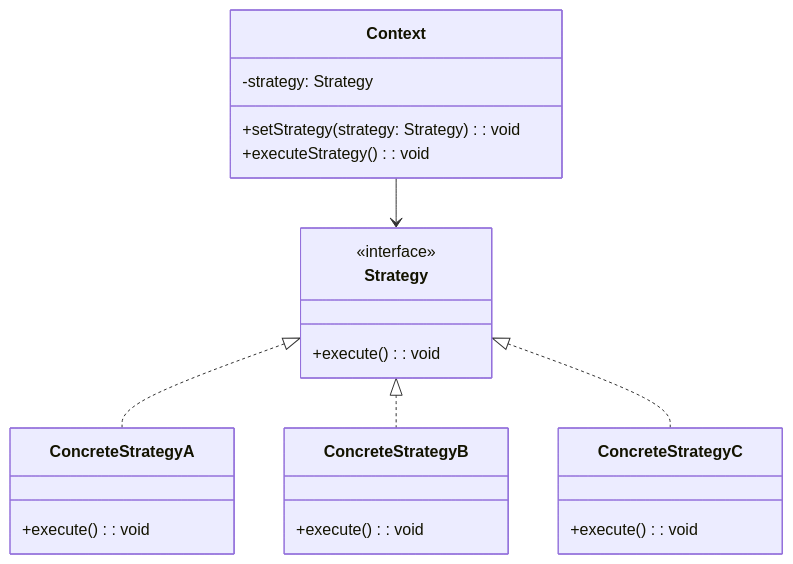
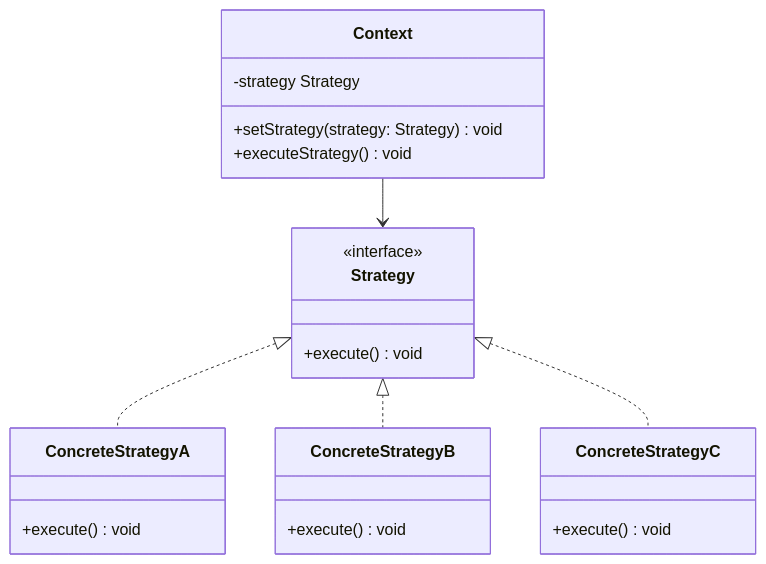
Before and after one commit to chihhung/Blog: diagram 18 of 29 in content/posts/教學/分析與設計/Design Pattern教學.md, drawn with Mermaid. The commit also changed other lines of this file and 5 other files, not shown here.

````diff
--- a/content/posts/教學/分析與設計/Design Pattern教學.md
+++ b/content/posts/教學/分析與設計/Design Pattern教學.md
@@ -3995,30 +3995,30 @@
 ```mermaid
 classDiagram
     class Context {
-        -strategy: Strategy
-        +setStrategy(strategy: Strategy): void
-        +executeStrategy(): void
+        -strategy Strategy
+        +setStrategy(strategy: Strategy) void
+        +executeStrategy() void
     }
     
     class Strategy {
         <<interface>>
-        +execute(): void
+        +execute() void
     }
     
     class ConcreteStrategyA {
-        +execute(): void
+        +execute() void
     }
     
     class ConcreteStrategyB {
-        +execute(): void
+        +execute() void
     }
     
     class ConcreteStrategyC {
-        +execute(): void
+        +execute() void
     }
     
     Context --> Strategy
     Strategy <|.. ConcreteStrategyA
     Strategy <|.. ConcreteStrategyB
     Strategy <|.. ConcreteStrategyC
 ```
````
